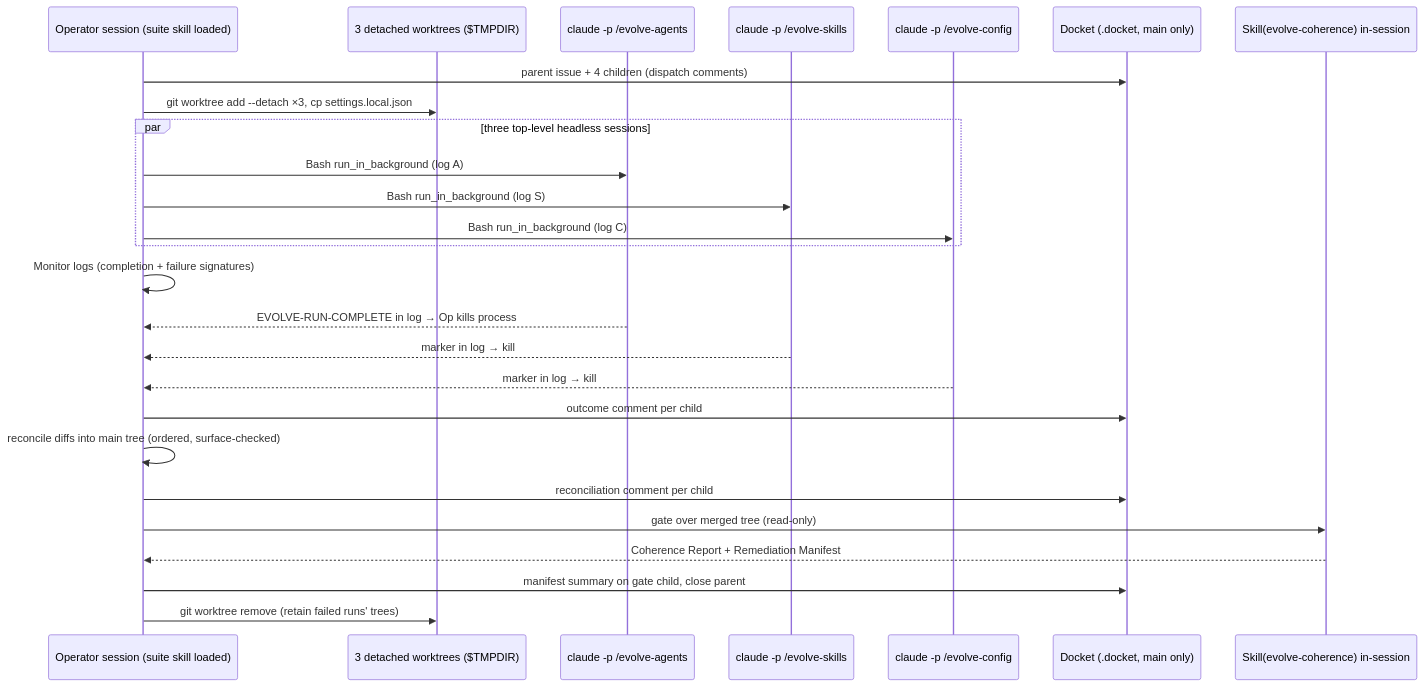
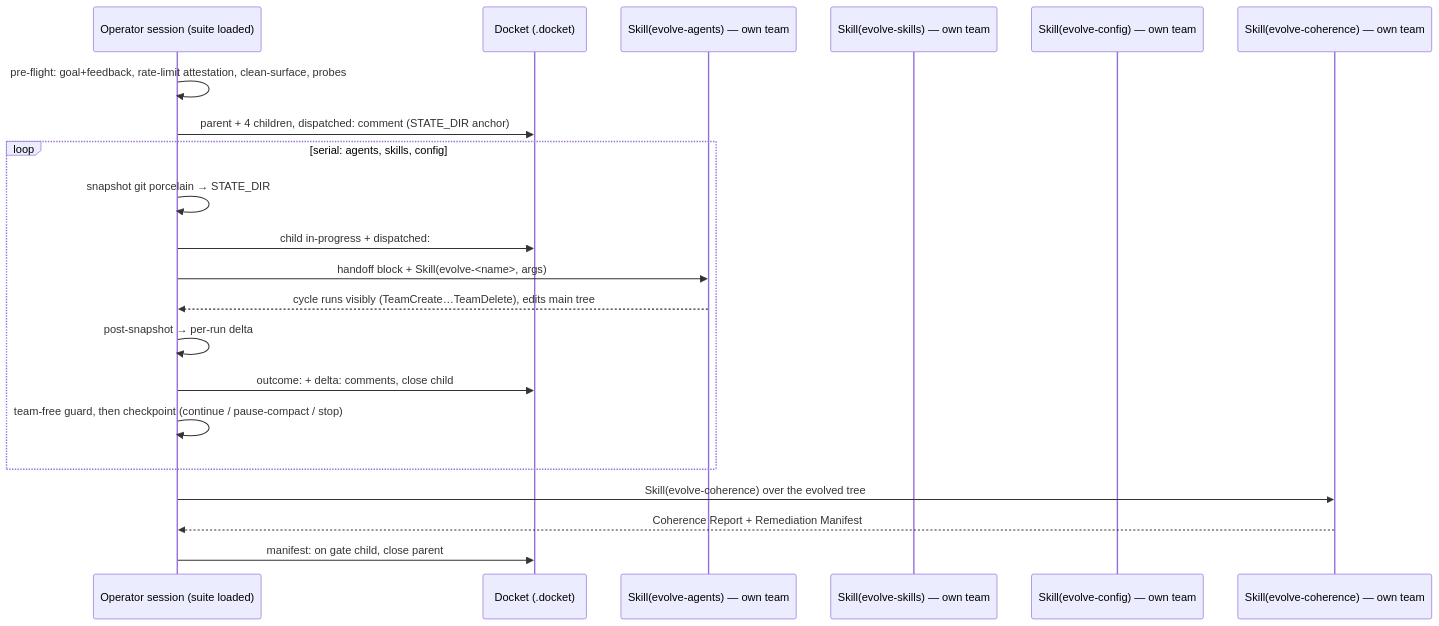
Before and after one commit to ALT-F4-LLC/dotfiles.vorpal: the diagram in docs/tdd/parallel-evolution-orchestrator-skill.md, drawn with Mermaid. The commit also changed other lines of this file and 2 other files, not shown here.

First line of the commit message:
feat(skills): rework evolve-suite to serial in-session native-team execution (DKT-300)

````diff
--- a/docs/tdd/parallel-evolution-orchestrator-skill.md
+++ b/docs/tdd/parallel-evolution-orchestrator-skill.md
@@ -84,29 +91,24 @@
 ```mermaid
 sequenceDiagram
-    participant Op as Operator session (suite skill loaded)
-    participant WT as 3 detached worktrees ($TMPDIR)
-    participant A as claude -p /evolve-agents
-    participant S as claude -p /evolve-skills
-    participant C as claude -p /evolve-config
-    participant D as Docket (.docket, main only)
-    participant G as Skill(evolve-coherence) in-session
+    participant Op as Operator session (suite loaded)
+    participant D as Docket (.docket)
+    participant A as Skill(evolve-agents) — own team
+    participant S as Skill(evolve-skills) — own team
+    participant C as Skill(evolve-config) — own team
+    participant G as Skill(evolve-coherence) — own team
 
-    Op->>D: parent issue + 4 children (dispatch comments)
-    Op->>WT: git worktree add --detach ×3, cp settings.local.json
-    par three top-level headless sessions
-        Op->>A: Bash run_in_background (log A)
-        Op->>S: Bash run_in_background (log S)
-        Op->>C: Bash run_in_background (log C)
+    Op->>Op: pre-flight: goal+feedback, rate-limit attestation, clean-surface, probes
+    Op->>D: parent + 4 children, dispatched: comment (STATE_DIR anchor)
+    loop serial: agents, skills, config
+        Op->>Op: snapshot git porcelain → STATE_DIR
+        Op->>D: child in-progress + dispatched:
+        Op->>A: handoff block + Skill(evolve-<name>, args)
+        A-->>Op: cycle runs visibly (TeamCreate…TeamDelete), edits main tree
+        Op->>Op: post-snapshot → per-run delta
+        Op->>D: outcome: + delta: comments, close child
+        Op->>Op: team-free guard, then checkpoint (continue / pause-compact / stop)
     end
-    Op->>Op: Monitor logs (completion + failure signatures)
-    A-->>Op: EVOLVE-RUN-COMPLETE in log → Op kills process
-    S-->>Op: marker in log → kill
-    C-->>Op: marker in log → kill
-    Op->>D: outcome comment per child
-    Op->>Op: reconcile diffs into main tree (ordered, surface-checked)
-    Op->>D: reconciliation comment per child
-    Op->>G: gate over merged tree (read-only)
+    Op->>G: Skill(evolve-coherence) over the evolved tree
     G-->>Op: Coherence Report + Remediation Manifest
-    Op->>D: manifest summary on gate child, close parent
-    Op->>WT: git worktree remove (retain failed runs' trees)
+    Op->>D: manifest: on gate child, close parent
 ```
````
